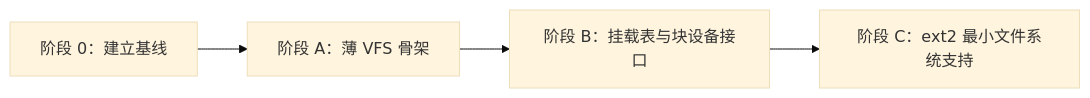
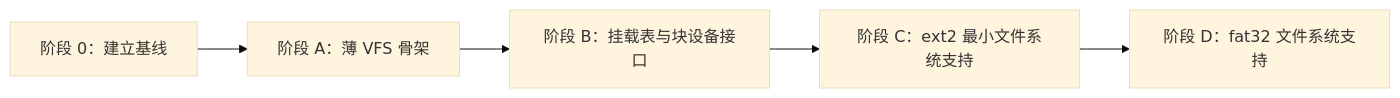
The diagram in docs/commit_history.md (twilight-8/Nscscc-xv6-net-dynlink), drawn with Mermaid (base theme) before and after one commit. The commit also changed other lines of this file and 15 other files, not shown here.

Commit message:
新增：fat32文件系统支持

````diff
--- a/docs/commit_history.md
+++ b/docs/commit_history.md
@@ -118,9 +175,10 @@
 ```mermaid
 flowchart LR
     S0["阶段 0：建立基线"]
     SA["阶段 A：薄 VFS 骨架"]
     SB["阶段 B：挂载表与块设备接口"]
     SC["阶段 C：ext2 最小文件系统支持"]
+    SD["阶段 D：fat32 文件系统支持"]
 
-    S0 --> SA --> SB --> SC
+    S0 --> SA --> SB --> SC --> SD
 ```
````
